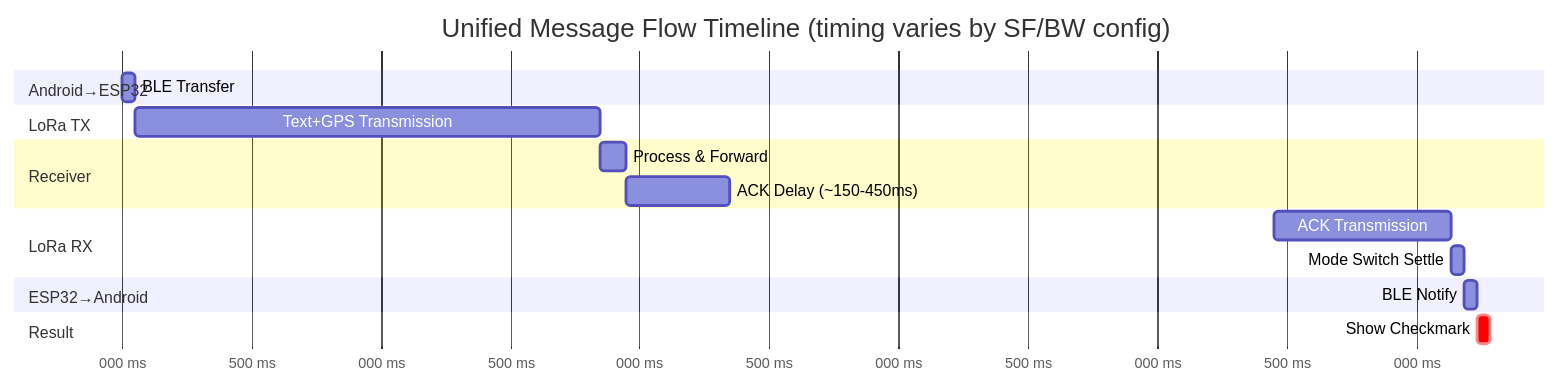
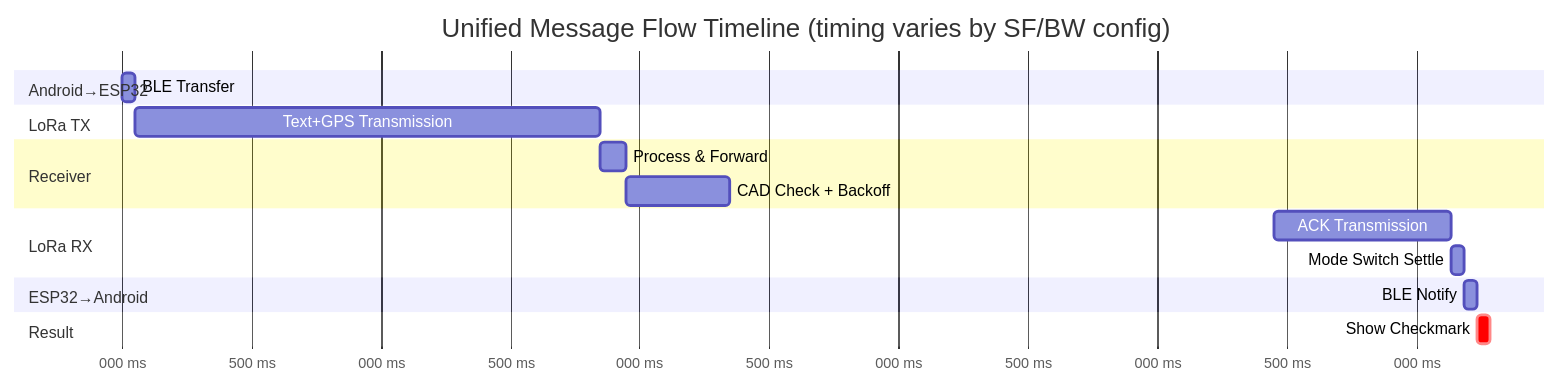
The third of 3 diagrams in README.md (psytraxx/android-lora-ble-bridge), drawn with Mermaid before and after one commit. The commit also changed other lines of this file and 12 other files, not shown here.

````diff
--- a/README.md
+++ b/README.md
@@ -449,27 +448,27 @@
 ```mermaid
 gantt
     title Unified Message Flow Timeline (timing varies by SF/BW config)
     dateFormat x
     axisFormat %L ms
 
     section Android→ESP32
     BLE Transfer          :a1, 0, 50
 
     section LoRa TX
     Text+GPS Transmission :a2, 50, 1850
 
     section Receiver
     Process & Forward     :a3, 1850, 1950
-  ACK Delay (~150-450ms) :a4, 1950, 2350
+  CAD Check + Backoff    :a4, 1950, 2350
 
 
     section LoRa RX
     ACK Transmission      :a5, 4450, 5136
     Mode Switch Settle    :a6, 5136, 5186
 
     section ESP32→Android
     BLE Notify            :a7, 5186, 5236
 
     section Result
     Show Checkmark        :crit, a8, 5236, 5286
 ```
````
